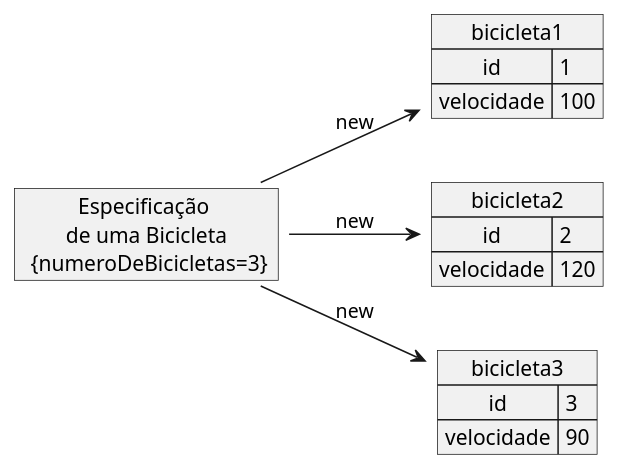
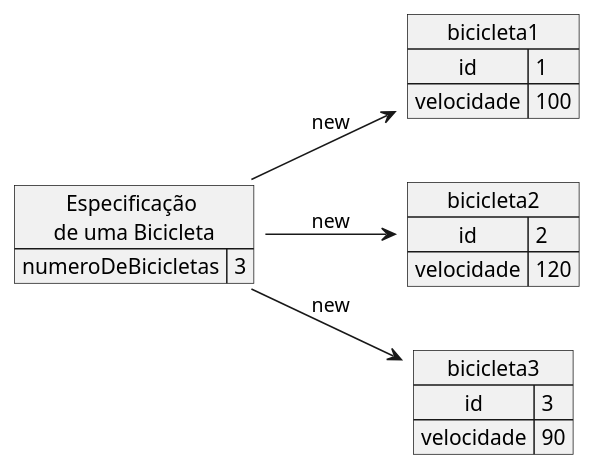
One commit to 20252-ifba-saj-ads-poo/blog changed the diagram in src/posts/diagramas/static/EspecificacaoBicicleta.plantuml. Above: the diagram before and after it, drawn with PlantUML.

Commit message:
Bicicleta plantuml

```diff
--- a/src/posts/diagramas/static/EspecificacaoBicicleta.plantuml
+++ b/src/posts/diagramas/static/EspecificacaoBicicleta.plantuml
@@ -2,21 +2,22 @@
 @startuml
 left to right direction
-map "Especificação \nde uma Bicicleta\n {numeroDeBicicletas=3}" as Bicicleta{
+map "Especificação \nde uma Bicicleta" as Bicicleta{
+  numeroDeBicicletas =>3
 }
 map bicicleta1{
   id =>1
   velocidade =>100
 }
 map bicicleta2{
   id =>2
   velocidade =>120
 }
 map bicicleta3{
   id =>3
   velocidade =>90
 }
 
 Bicicleta --> bicicleta1 : new
 Bicicleta --> bicicleta2 : new
 Bicicleta --> bicicleta3 : new
 @enduml
```
